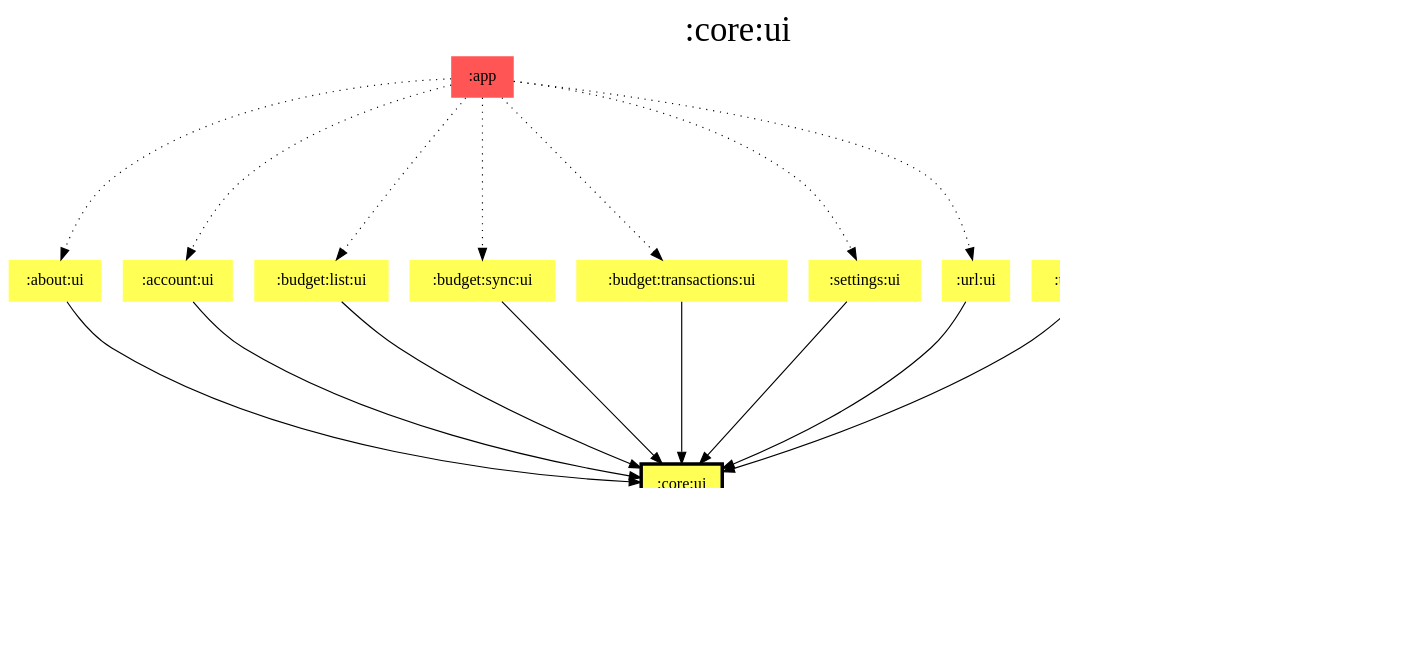
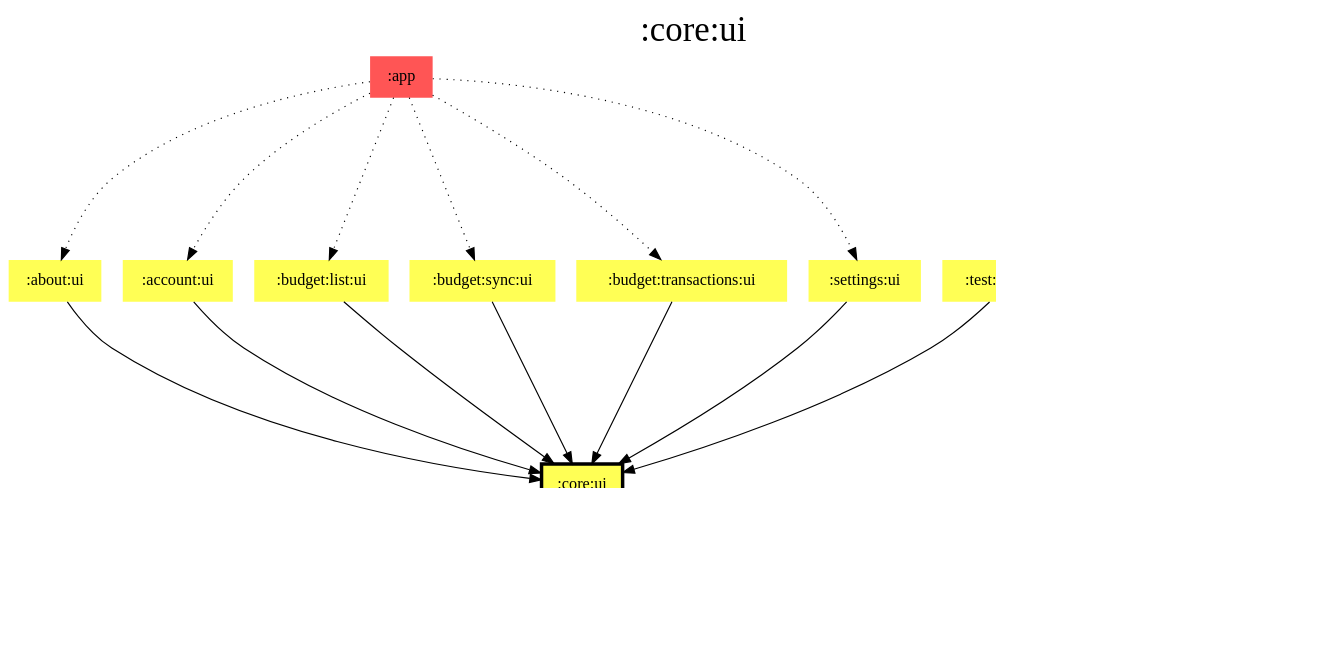
Before and after one commit to jonapoul/aktual: the diagram in modules/core/ui/modules.dot, drawn with Graphviz. The commit also changed 58 other files, not shown here.

```diff
--- a/modules/core/ui/modules.dot
+++ b/modules/core/ui/modules.dot
@@ -1,51 +1,48 @@
 digraph {
 edge ["dir"="forward"]
 graph ["dpi"="100","label"=":core:ui","labelloc"="t","fontsize"="30","ranksep"="1.5","rankdir"="TB"]
 node ["style"="filled"]
 ":about:ui" ["fillcolor"="#FFFF55","shape"="none"]
 ":account:ui" ["fillcolor"="#FFFF55","shape"="none"]
 ":app" ["fillcolor"="#FF5555","shape"="none"]
 ":budget:list:ui" ["fillcolor"="#FFFF55","shape"="none"]
 ":budget:sync:ui" ["fillcolor"="#FFFF55","shape"="none"]
 ":budget:transactions:ui" ["fillcolor"="#FFFF55","shape"="none"]
 ":core:model" ["fillcolor"="#9D8DF1","shape"="none"]
 ":core:res" ["fillcolor"="#00FFFF","shape"="none"]
 ":core:ui" ["fillcolor"="#FFFF55","color"="black","penwidth"="3","shape"="box"]
 ":settings:ui" ["fillcolor"="#FFFF55","shape"="none"]
 ":test:compose" ["fillcolor"="#FFFF55","shape"="none"]
-":url:ui" ["fillcolor"="#FFFF55","shape"="none"]
 {
 edge ["dir"="none"]
 graph ["rank"="same"]
 ":core:ui"
 }
 ":about:ui" -> ":core:ui"
 ":account:ui" -> ":core:ui"
 ":app" -> ":about:ui" ["style"="dotted"]
 ":app" -> ":account:ui" ["style"="dotted"]
 ":app" -> ":budget:list:ui" ["style"="dotted"]
 ":app" -> ":budget:sync:ui" ["style"="dotted"]
 ":app" -> ":budget:transactions:ui" ["style"="dotted"]
 ":app" -> ":settings:ui" ["style"="dotted"]
-":app" -> ":url:ui" ["style"="dotted"]
 ":budget:list:ui" -> ":core:ui"
 ":budget:sync:ui" -> ":core:ui"
 ":budget:transactions:ui" -> ":core:ui"
 ":core:ui" -> ":core:model"
 ":core:ui" -> ":core:res" ["style"="dotted"]
 ":settings:ui" -> ":core:ui"
 ":test:compose" -> ":core:ui"
-":url:ui" -> ":core:ui"
 subgraph "cluster_legend" {
 edge ["dir"="none"]
 graph ["label"="Legend","fontsize"="20"]
 "Legend" ["style"="filled","fillcolor"="#FFFFFF","shape"="none","margin"="0","fontsize"="15","label"=<
 <TABLE BORDER="0" CELLBORDER="0" CELLSPACING="0" CELLPADDING="4">
 <TR><TD>App</TD><TD BGCOLOR="#FF5555">module-name</TD></TR>
 <TR><TD>Compose</TD><TD BGCOLOR="#FFFF55">module-name</TD></TR>
 <TR><TD>Resources</TD><TD BGCOLOR="#00FFFF">module-name</TD></TR>
 <TR><TD>Multiplatform</TD><TD BGCOLOR="#9D8DF1">module-name</TD></TR>
 </TABLE>
 >]
 } -> ":core:ui" ["style"="invis"]
 }
```
